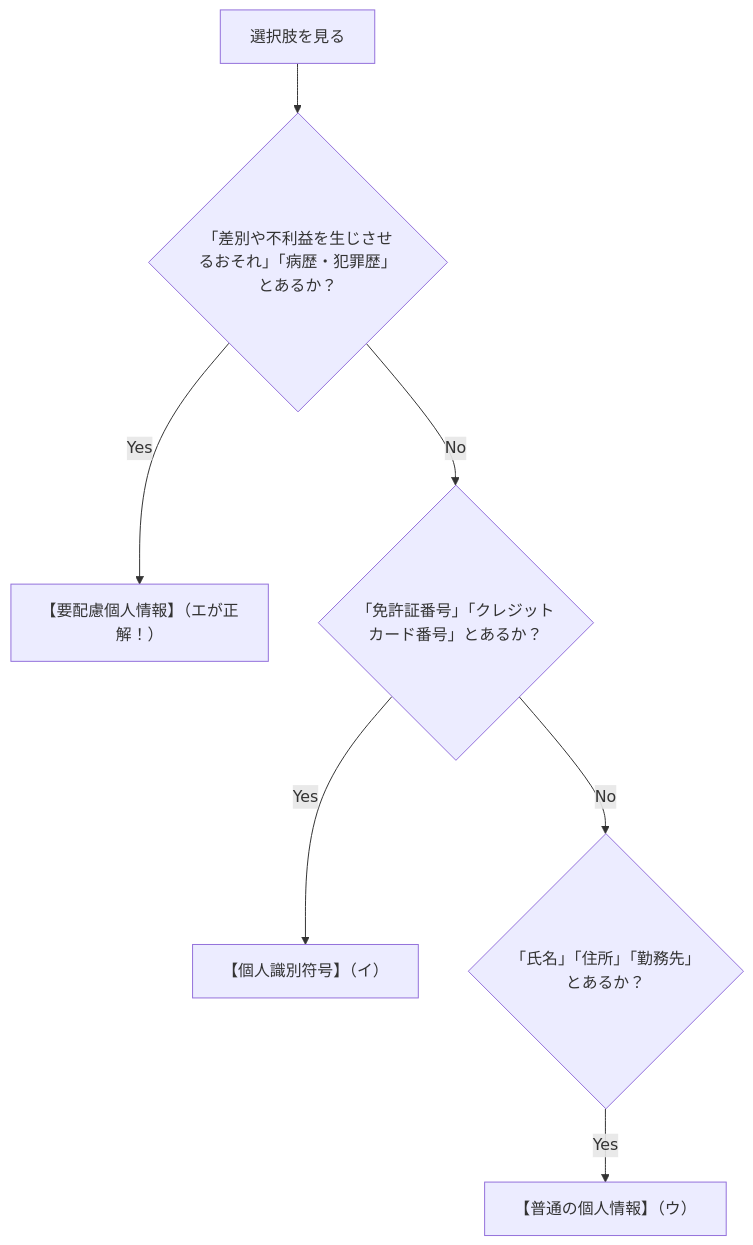
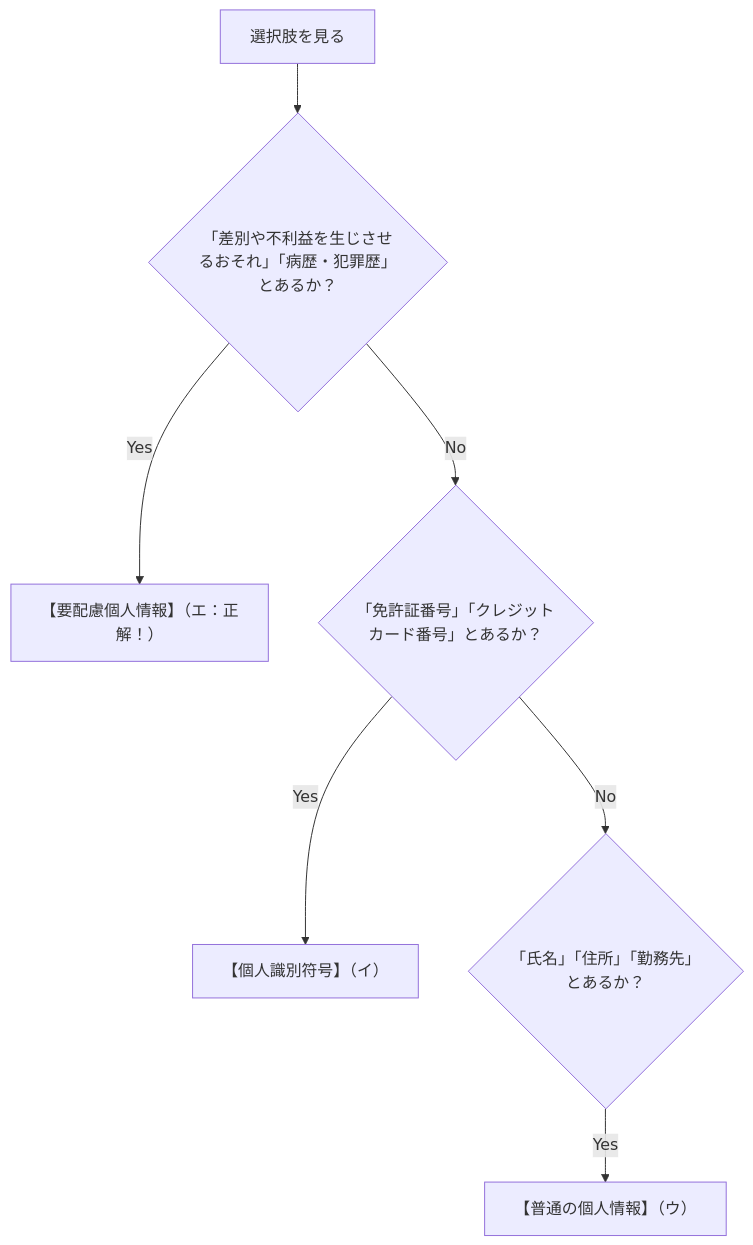
The diagram in docs/inbox/23_法務/law-sensitive-personal-information.md (h4npen/AP-MindMap-Anki), drawn with Mermaid before and after one commit. The commit also changed other lines of this file and 33 other files, not shown here.

````diff
--- a/docs/inbox/23_法務/law-sensitive-personal-information.md
+++ b/docs/inbox/23_法務/law-sensitive-personal-information.md
@@ -42,10 +61,10 @@
 ```mermaid
 flowchart TD
     Q[選択肢を見る]
     Q --> S1{"「差別や不利益を生じさせるおそれ」「病歴・犯罪歴」とあるか？"}
-    S1 -- Yes --> A1["【要配慮個人情報】（エが正解！）"]
+    S1 -- Yes --> A1["【要配慮個人情報】（エ：正解！）"]
     S1 -- No --> S2{"「免許証番号」「クレジットカード番号」とあるか？"}
     S2 -- Yes --> A2["【個人識別符号】（イ）"]
     S2 -- No --> S3{"「氏名」「住所」「勤務先」とあるか？"}
     S3 -- Yes --> A3["【普通の個人情報】（ウ）"]
 ```
````
